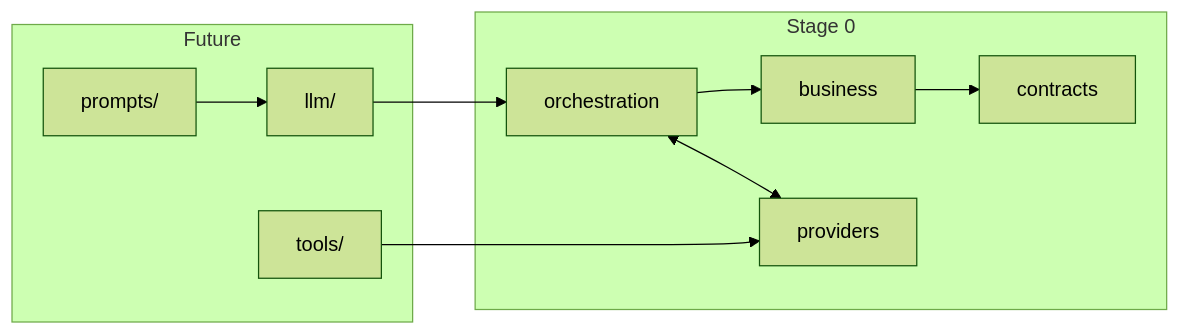
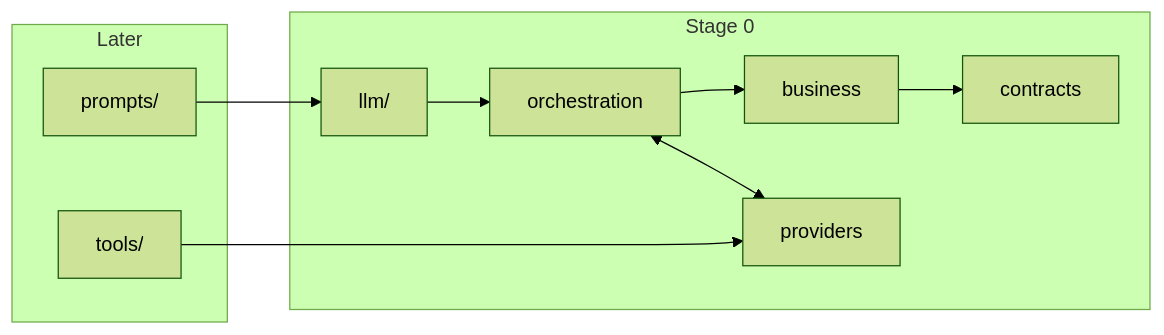
The first of 2 diagrams in docs/ARCHITECTURE.md (devAryagupta/autonomous-incident-response-agent), drawn with Mermaid (forest theme) before and after one commit. The commit also changed other lines of this file and 125 other files, not shown here.

````diff
--- a/docs/ARCHITECTURE.md
+++ b/docs/ARCHITECTURE.md
@@ -18,20 +24,21 @@
 ```mermaid
 flowchart LR
-  subgraph future ["Future"]
+  subgraph later ["Later"]
     P[prompts/]
-    L[llm/]
     T[tools/]
   end
 
   subgraph today ["Stage 0"]
+    L[llm/]
     ORCH[orchestration]
     BIZ[business]
     CON[contracts]
     PROV[providers]
   end
 
-  P --> L --> ORCH
+  P --> L
+  L --> ORCH
   ORCH --> BIZ --> CON
   ORCH <--> PROV
   T --> PROV
 ```
````
